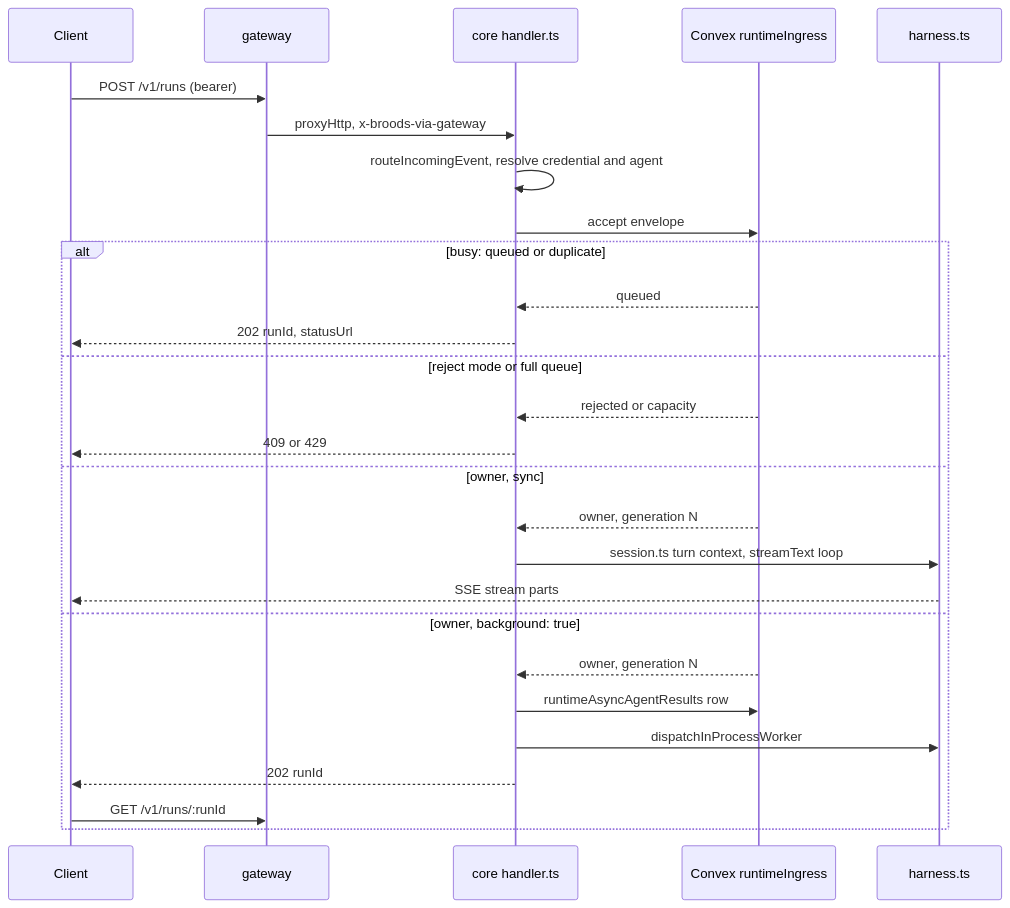
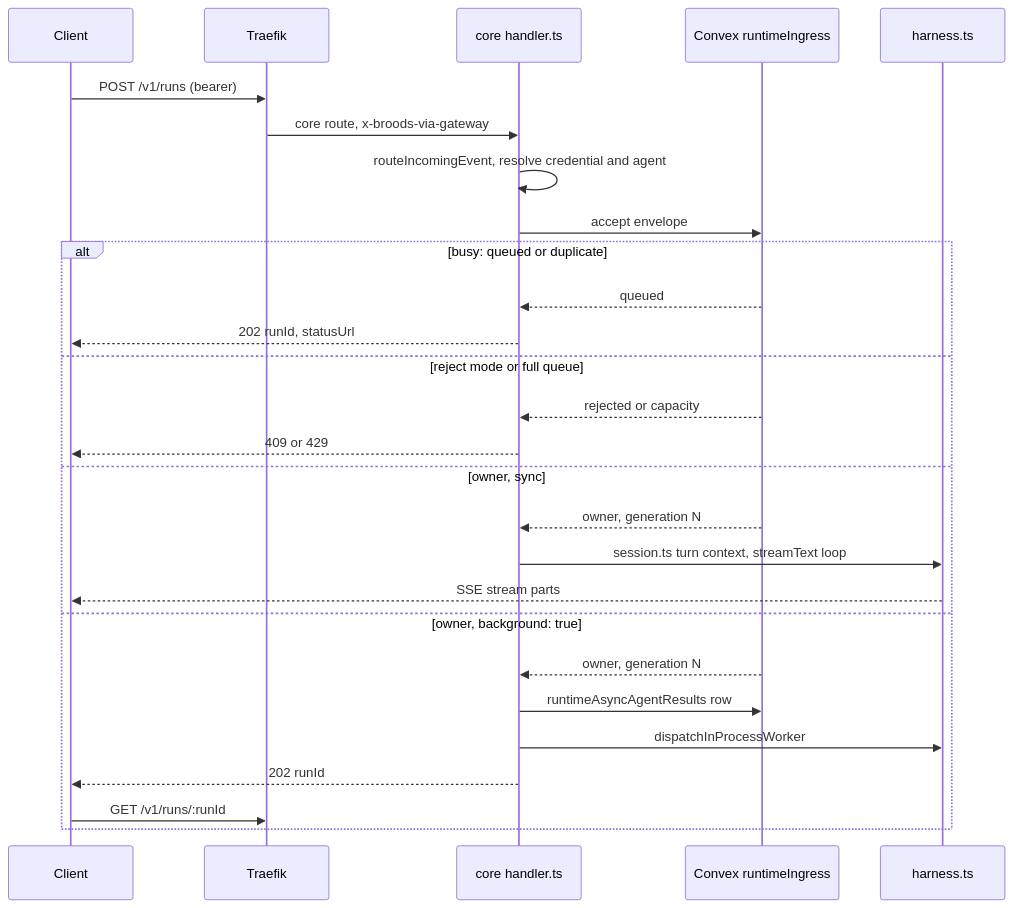
One commit to beeblastco/broods changed the second of 6 diagrams in apps/docs/docs/internals/architecture.md. Above: the diagram before and after it, drawn with Mermaid. The commit also changed other lines of this file and 33 other files, not shown here.

````diff
--- a/apps/docs/docs/internals/architecture.md
+++ b/apps/docs/docs/internals/architecture.md
@@ -86,29 +90,29 @@
 ```mermaid
 sequenceDiagram
   participant C as Client
-  participant G as gateway
+  participant G as Traefik
   participant H as core handler.ts
   participant X as Convex runtimeIngress
   participant R as harness.ts
   C->>G: POST /v1/runs (bearer)
-  G->>H: proxyHttp, x-broods-via-gateway
+  G->>H: core route, x-broods-via-gateway
   H->>H: routeIncomingEvent, resolve credential and agent
   H->>X: accept envelope
   alt busy: queued or duplicate
     X-->>H: queued
     H-->>C: 202 runId, statusUrl
   else reject mode or full queue
     X-->>H: rejected or capacity
     H-->>C: 409 or 429
   else owner, sync
     X-->>H: owner, generation N
     H->>R: session.ts turn context, streamText loop
     R-->>C: SSE stream parts
   else owner, background: true
     X-->>H: owner, generation N
     H->>X: runtimeAsyncAgentResults row
     H->>R: dispatchInProcessWorker
     H-->>C: 202 runId
     C->>G: GET /v1/runs/:runId
   end
 ```
````
